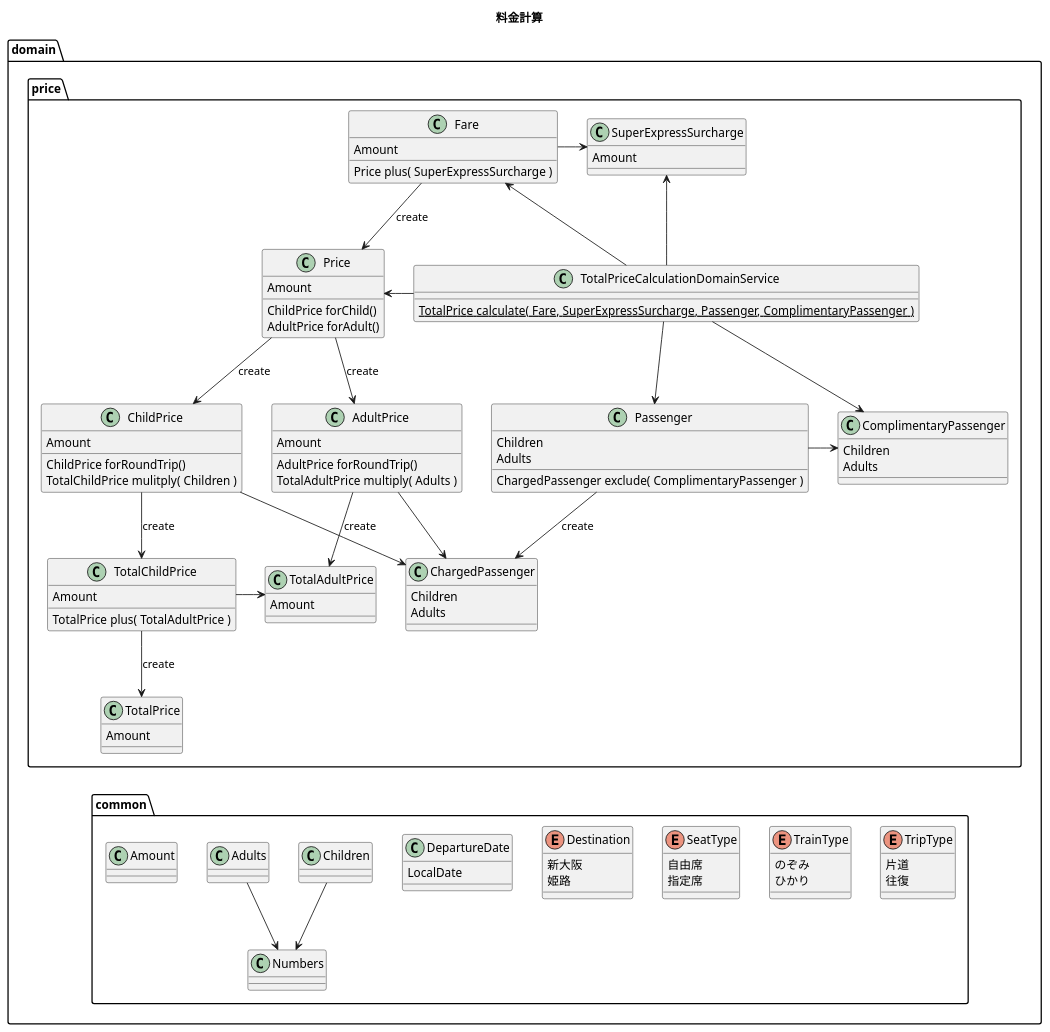
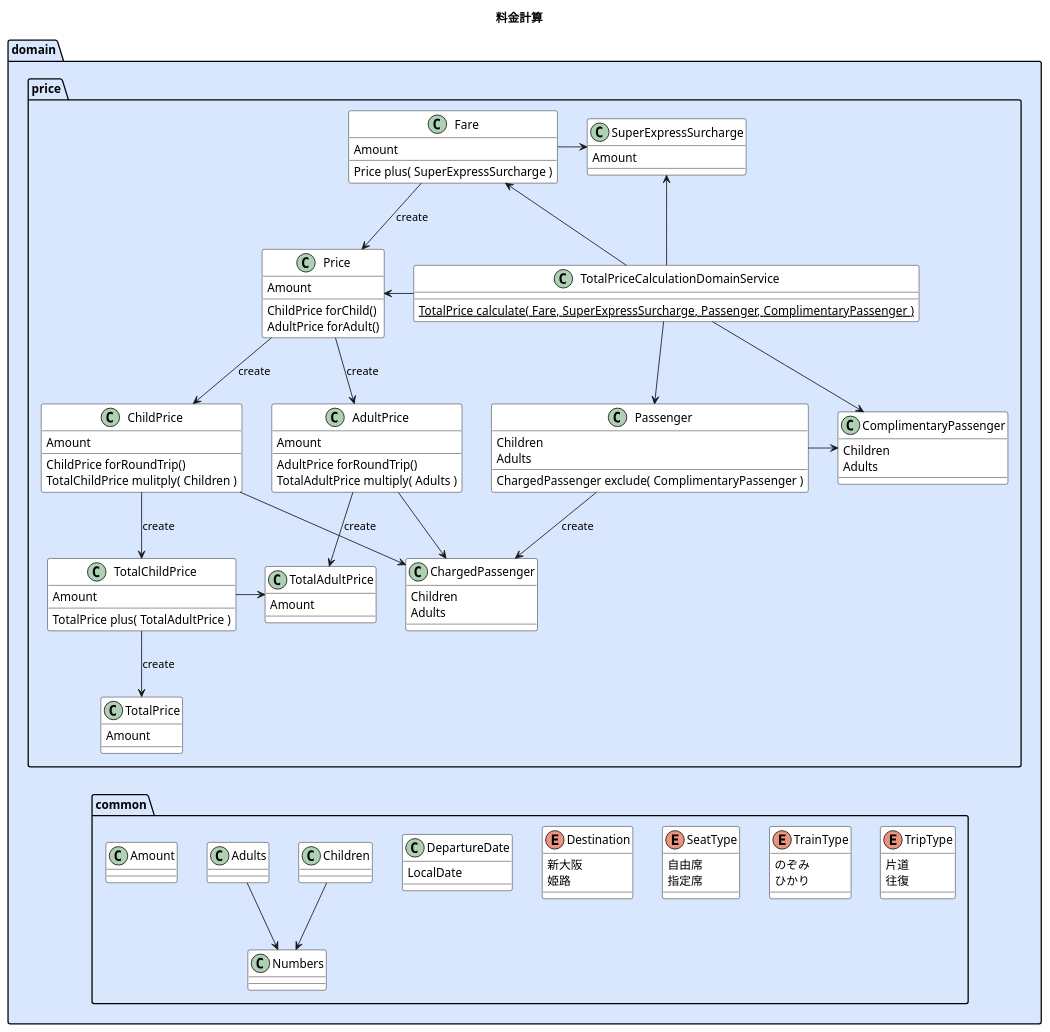
The diagram in docs/model/model.puml (n-ono/price), drawn with PlantUML before and after one commit.

Commit message:
updated model

```diff
--- a/docs/model/model.puml
+++ b/docs/model/model.puml
@@ -1,123 +1,132 @@
 @startuml
 title 料金計算
+
+skinparam package {
+    BackgroundColor d8e7fe
+}
+
+skinparam class {
+    BorderColor black
+    BackgroundColor white
+}
 
 namespace domain {
     namespace price {
         class Fare {
             Amount
             Price plus( SuperExpressSurcharge )
         }
         class SuperExpressSurcharge {
             Amount
         }
         class TotalPriceCalculationDomainService {
             {static} TotalPrice calculate( Fare, SuperExpressSurcharge, Passenger, ComplimentaryPassenger )
         }
         class Passenger {
             Children
             Adults
             ChargedPassenger exclude( ComplimentaryPassenger )
         }
         class ChargedPassenger {
             Children
             Adults
         }
         class ComplimentaryPassenger {
             Children
             Adults
         }
         class Price {
             Amount
             ChildPrice forChild()
             AdultPrice forAdult()
         }
         class ChildPrice {
             Amount
             ChildPrice forRoundTrip()
             TotalChildPrice mulitply( Children )
         }
         class AdultPrice {
             Amount
             AdultPrice forRoundTrip()
             TotalAdultPrice multiply( Adults )
         }
         class TotalChildPrice {
             Amount
             TotalPrice plus( TotalAdultPrice )
         }
         class TotalAdultPrice {
             Amount
         }
         class TotalPrice {
             Amount
         }
 
         ' 請求対象の乗客数を計算する
         TotalPriceCalculationDomainService -d-> Passenger
         TotalPriceCalculationDomainService -d-> ComplimentaryPassenger
         Passenger -r-> ComplimentaryPassenger
         Passenger -d-> ChargedPassenger: create
 
         ' 1 人あたりの料金を計算する
         TotalPriceCalculationDomainService -u-> Fare
         TotalPriceCalculationDomainService -u-> SuperExpressSurcharge
         Fare -r-> SuperExpressSurcharge
         Fare -d-> Price: create
 
         ' 子供 / 大人 1 人あたりの料金を計算する
         TotalPriceCalculationDomainService -l-> Price
         Price -d-> ChildPrice: create
         Price -d-> AdultPrice: create
 
         ' 子供 / 大人 のトータル料金を計算する
         ChildPrice -d-> TotalChildPrice: create
         ChildPrice -d-> ChargedPassenger
         AdultPrice -d-> TotalAdultPrice: create
         AdultPrice -d-> ChargedPassenger
         TotalChildPrice -r-> TotalAdultPrice
 
         ' 子供と大人合わせたトータル料金を計算する
         TotalChildPrice -d-> TotalPrice: create
     }
 
     namespace common {
         class Amount
         class Children
         class Adults
         class Numbers
         class DepartureDate {
             LocalDate
         }
         enum Destination {
             新大阪
             姫路
         }
         enum SeatType {
             自由席
             指定席
         }
         enum TrainType {
             のぞみ
             ひかり
         }
         enum TripType {
             片道
             往復
         }
 
         Amount -[hidden]r- Adults
         Adults -[hidden]r- Children
         Children -[hidden]r- DepartureDate
         DepartureDate -[hidden]r- Destination
         Destination -[hidden]r- SeatType
         SeatType -[hidden]r- TrainType
         TrainType -[hidden]r- TripType
 
         Children -d-> Numbers
         Adults -d-> Numbers
     }
 
     domain.price.TotalPrice -[hidden]d- domain.common.Amount
 }
 
 @enduml
```
